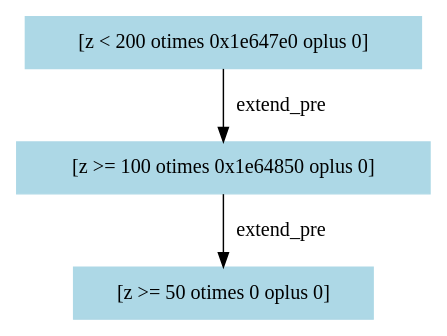
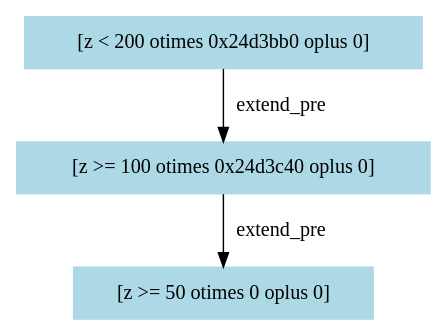
One commit to RangerBu/st-checker changed the diagram in outputs/weights-graphs/11.dot. Above: the diagram before and after it, drawn with Graphviz. The commit also changed 51 other files, not shown here.

```diff
--- a/outputs/weights-graphs/11.dot
+++ b/outputs/weights-graphs/11.dot
@@ -1,7 +1,7 @@
 digraph "[x := x - 3]" {
-"0x1e64560" [label="[z < 200 otimes 0x1e647e0 oplus 0]", color=lightblue,style=filled,shape=box]
-"0x1e64560" -> "0x1e647e0" [label=extend_pre,color=black]
-"0x1e647e0" [label="[z >= 100 otimes 0x1e64850 oplus 0]", color=lightblue,style=filled,shape=box]
-"0x1e647e0" -> "0x1e64850" [label=extend_pre,color=black]
-"0x1e64850" [label="[z >= 50 otimes 0 oplus 0]", color=lightblue,style=filled,shape=box]
+"0x24d3910" [label="[z < 200 otimes 0x24d3bb0 oplus 0]", color=lightblue,style=filled,shape=box]
+"0x24d3910" -> "0x24d3bb0" [label=extend_pre,color=black]
+"0x24d3bb0" [label="[z >= 100 otimes 0x24d3c40 oplus 0]", color=lightblue,style=filled,shape=box]
+"0x24d3bb0" -> "0x24d3c40" [label=extend_pre,color=black]
+"0x24d3c40" [label="[z >= 50 otimes 0 oplus 0]", color=lightblue,style=filled,shape=box]
 }
```
